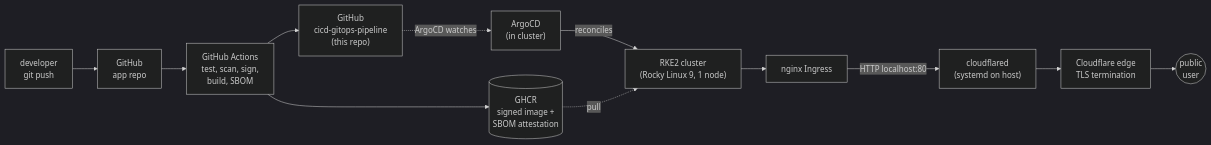
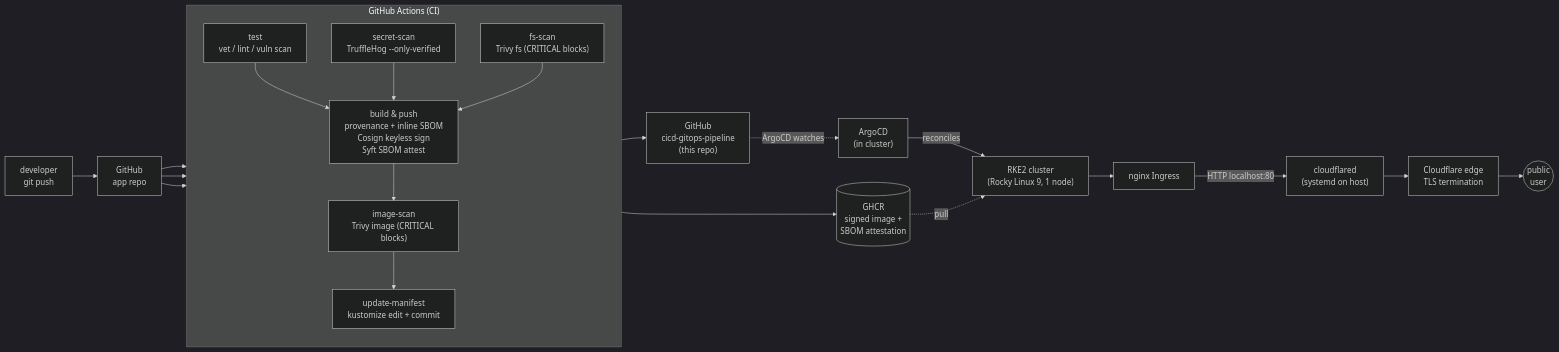
Before and after one commit to alexmchughdev/platform-engineering: the diagram in README.md, drawn with Mermaid (dark theme). The commit also changed 1 other file, not shown here.

Commit message:
docs: expand README architecture diagram with CI subgraph
The previous high-level mermaid collapsed CI into a single node
labelled "test, scan, sign, build, SBOM". This made the README
diagram say less than the architecture.md one. Now both diagrams
show the full multi-stage shape: parallel test / secret-scan /
fs-scan gates feeding the signed build, image-scan, then the
gated manifest update. docs/diagrams/diagram-architecture-overview.mmd
gets the same content so the standalone .mmd matches the README.

The corresponding .png (docs/diagrams/diagram-architecture-overview.png)
is now stale; regen with mmdc when convenient.

````diff
--- a/README.md
+++ b/README.md
@@ -15,14 +15,32 @@
 ```mermaid
 flowchart LR
   dev["developer<br/>git push"] --> appRepo["GitHub<br/>app repo"]
-  appRepo --> ci["GitHub Actions<br/>test, scan, sign,<br/>build, SBOM"]
-  ci --> ghcr[("GHCR<br/>signed image +<br/>SBOM attestation")]
-  ci --> manifest["GitHub<br/>cicd-gitops-pipeline<br/>(this repo)"]
+
+  appRepo --> test
+  appRepo --> secret
+  appRepo --> fs
+
+  subgraph ci ["GitHub Actions (CI)"]
+    direction TB
+    test["test<br/>vet / lint / vuln scan"]
+    secret["secret-scan<br/>TruffleHog --only-verified"]
+    fs["fs-scan<br/>Trivy fs (CRITICAL blocks)"]
+    build["build &amp; push<br/>provenance + inline SBOM<br/>Cosign keyless sign<br/>Syft SBOM attest"]
+    imgscan["image-scan<br/>Trivy image (CRITICAL blocks)"]
+    bump["update-manifest<br/>kustomize edit + commit"]
+    test --> build
+    secret --> build
+    fs --> build
+    build --> imgscan --> bump
+  end
+
+  build --> ghcr[("GHCR<br/>signed image +<br/>SBOM attestation")]
+  bump --> manifest["GitHub<br/>cicd-gitops-pipeline<br/>(this repo)"]
   manifest -. ArgoCD watches .-> argocd["ArgoCD<br/>(in cluster)"]
   argocd -- reconciles --> rke2["RKE2 cluster<br/>(Rocky Linux 9, 1 node)"]
   ghcr -. pull .-> rke2
   rke2 --> nginx["nginx Ingress"]
   nginx -- HTTP localhost:80 --> tunnel["cloudflared<br/>(systemd on host)"]
   tunnel --> cf["Cloudflare edge<br/>TLS termination"]
   cf --> user(("public<br/>user"))
 ```
````
